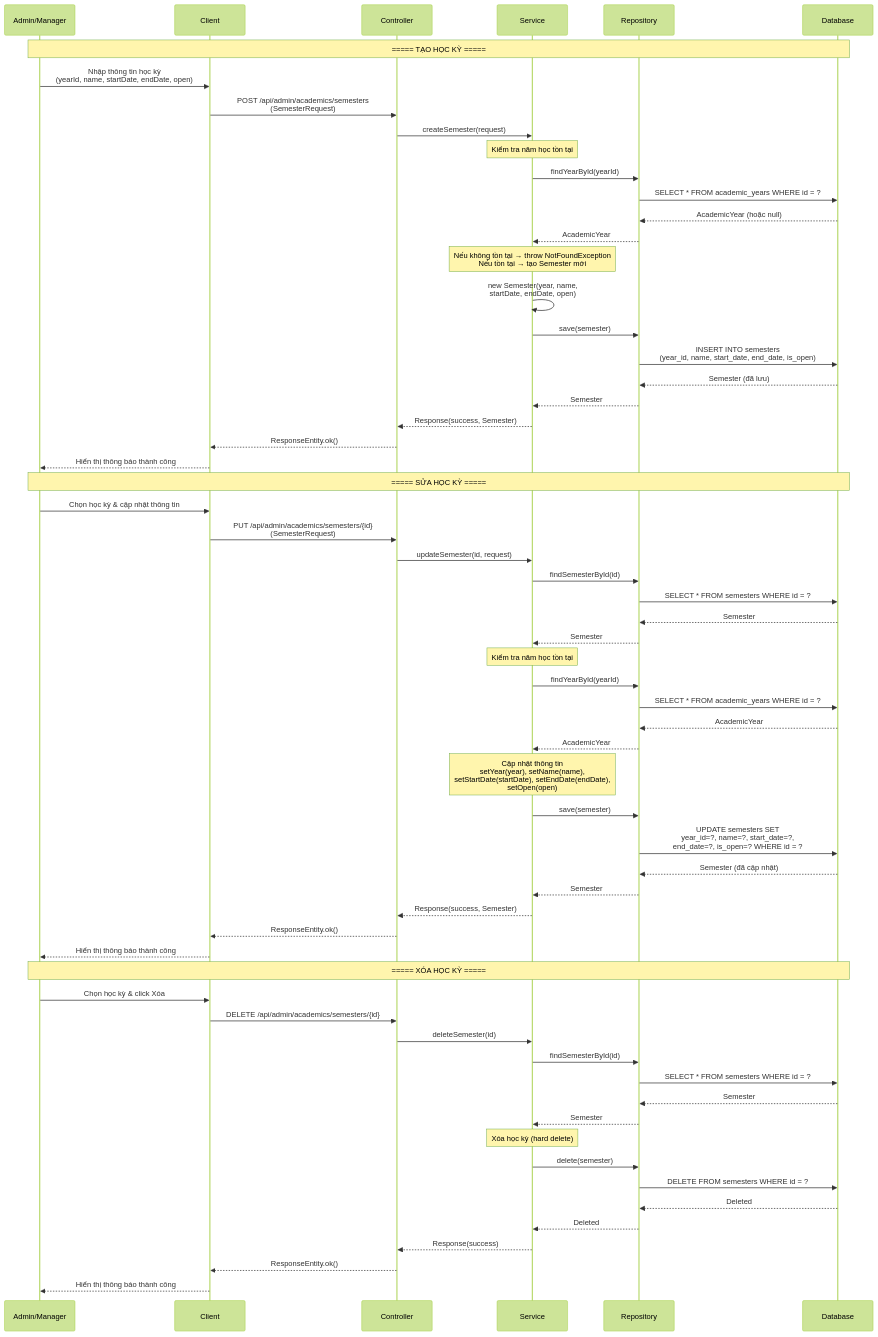
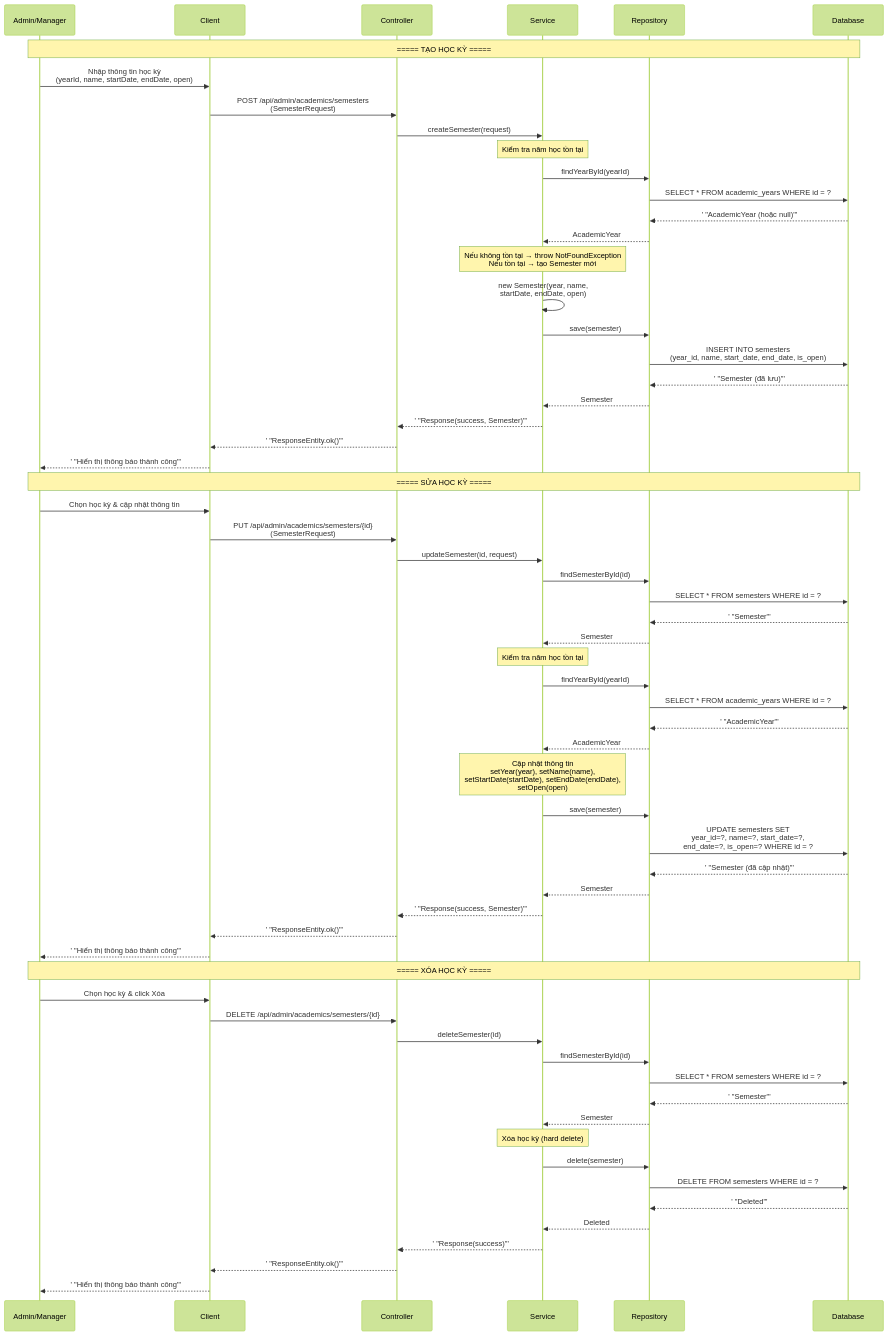
The second of 4 diagrams in docs/sequence-diagramV2/sequence-diagram-academic.md (mchien04/CampusLife), drawn with Mermaid (forest theme) before and after one commit. The commit also changed other lines of this file and 18 other files, not shown here.

First line of the commit message:
fix(sequence-diagramV2): fix Mermaid parse errors

````diff
--- a/docs/sequence-diagramV2/sequence-diagram-academic.md
+++ b/docs/sequence-diagramV2/sequence-diagram-academic.md
@@ -82,80 +82,80 @@
 ```mermaid
 sequenceDiagram
     participant A as Admin/Manager
     participant C as Client
     participant CTL as Controller
     participant SVC as Service
     participant REPO as Repository
     participant DB as Database
 
     Note over A,DB: ===== TẠO HỌC KỲ =====
 
     A->>C: Nhập thông tin học kỳ<br/>(yearId, name, startDate, endDate, open)
     C->>CTL: POST /api/admin/academics/semesters<br/>(SemesterRequest)
     CTL->>SVC: createSemester(request)
 
     Note over SVC: Kiểm tra năm học tồn tại
     SVC->>REPO: findYearById(yearId)
     REPO->>DB: SELECT * FROM academic_years WHERE id = ?
-    DB-->>REPO: AcademicYear (hoặc null)
+    DB-->>REPO:' "AcademicYear (hoặc null)"'
     REPO-->>SVC: AcademicYear
 
     Note over SVC: Nếu không tồn tại → throw NotFoundException<br/>Nếu tồn tại → tạo Semester mới
     SVC->>SVC: new Semester(year, name,<br/>startDate, endDate, open)
     SVC->>REPO: save(semester)
     REPO->>DB: INSERT INTO semesters<br/>(year_id, name, start_date, end_date, is_open)
-    DB-->>REPO: Semester (đã lưu)
+    DB-->>REPO:' "Semester (đã lưu)"'
     REPO-->>SVC: Semester
 
-    SVC-->>CTL: Response(success, Semester)
-    CTL-->>C: ResponseEntity.ok()
-    C-->>A: Hiển thị thông báo thành công
+    SVC-->>CTL:' "Response(success, Semester)"'
+    CTL-->>C:' "ResponseEntity.ok()"'
+    C-->>A:' "Hiển thị thông báo thành công"'
 
     Note over A,DB: ===== SỬA HỌC KỲ =====
 
     A->>C: Chọn học kỳ & cập nhật thông tin
     C->>CTL: PUT /api/admin/academics/semesters/{id}<br/>(SemesterRequest)
     CTL->>SVC: updateSemester(id, request)
 
     SVC->>REPO: findSemesterById(id)
     REPO->>DB: SELECT * FROM semesters WHERE id = ?
-    DB-->>REPO: Semester
+    DB-->>REPO:' "Semester"'
     REPO-->>SVC: Semester
 
     Note over SVC: Kiểm tra năm học tồn tại
     SVC->>REPO: findYearById(yearId)
     REPO->>DB: SELECT * FROM academic_years WHERE id = ?
-    DB-->>REPO: AcademicYear
+    DB-->>REPO:' "AcademicYear"'
     REPO-->>SVC: AcademicYear
 
     Note over SVC: Cập nhật thông tin<br/>setYear(year), setName(name),<br/>setStartDate(startDate), setEndDate(endDate),<br/>setOpen(open)
     SVC->>REPO: save(semester)
     REPO->>DB: UPDATE semesters SET<br/>year_id=?, name=?, start_date=?,<br/>end_date=?, is_open=? WHERE id = ?
-    DB-->>REPO: Semester (đã cập nhật)
+    DB-->>REPO:' "Semester (đã cập nhật)"'
     REPO-->>SVC: Semester
 
-    SVC-->>CTL: Response(success, Semester)
-    CTL-->>C: ResponseEntity.ok()
-    C-->>A: Hiển thị thông báo thành công
+    SVC-->>CTL:' "Response(success, Semester)"'
+    CTL-->>C:' "ResponseEntity.ok()"'
+    C-->>A:' "Hiển thị thông báo thành công"'
 
     Note over A,DB: ===== XÓA HỌC KỲ =====
 
     A->>C: Chọn học kỳ & click Xóa
     C->>CTL: DELETE /api/admin/academics/semesters/{id}
     CTL->>SVC: deleteSemester(id)
 
     SVC->>REPO: findSemesterById(id)
     REPO->>DB: SELECT * FROM semesters WHERE id = ?
-    DB-->>REPO: Semester
+    DB-->>REPO:' "Semester"'
     REPO-->>SVC: Semester
 
     Note over SVC: Xóa học kỳ (hard delete)
     SVC->>REPO: delete(semester)
     REPO->>DB: DELETE FROM semesters WHERE id = ?
-    DB-->>REPO: Deleted
+    DB-->>REPO:' "Deleted"'
     REPO-->>SVC: Deleted
 
-    SVC-->>CTL: Response(success)
-    CTL-->>C: ResponseEntity.ok()
-    C-->>A: Hiển thị thông báo thành công
+    SVC-->>CTL:' "Response(success)"'
+    CTL-->>C:' "ResponseEntity.ok()"'
+    C-->>A:' "Hiển thị thông báo thành công"'
 ```
````
